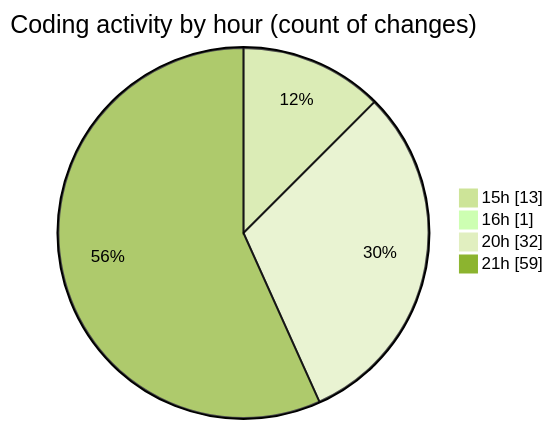
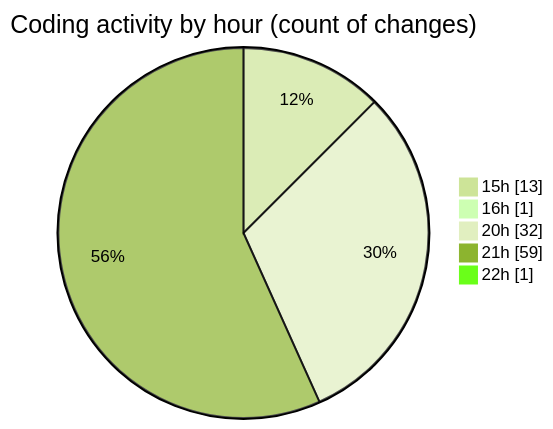
Before and after one commit to EIIisD/code-tracking: the second of 2 diagrams in 2025-07-17/ribbon/README.md, drawn with Mermaid (forest theme). The commit also changed other lines of this file and 1 other file, not shown here.

````diff
--- a/2025-07-17/ribbon/README.md
+++ b/2025-07-17/ribbon/README.md
@@ -68,8 +68,9 @@
 ```mermaid
 pie showData
 title Coding activity by hour (count of changes)
 "15h" : 13
 "16h" : 1
 "20h" : 32
 "21h" : 59
+"22h" : 1
 ```
````
